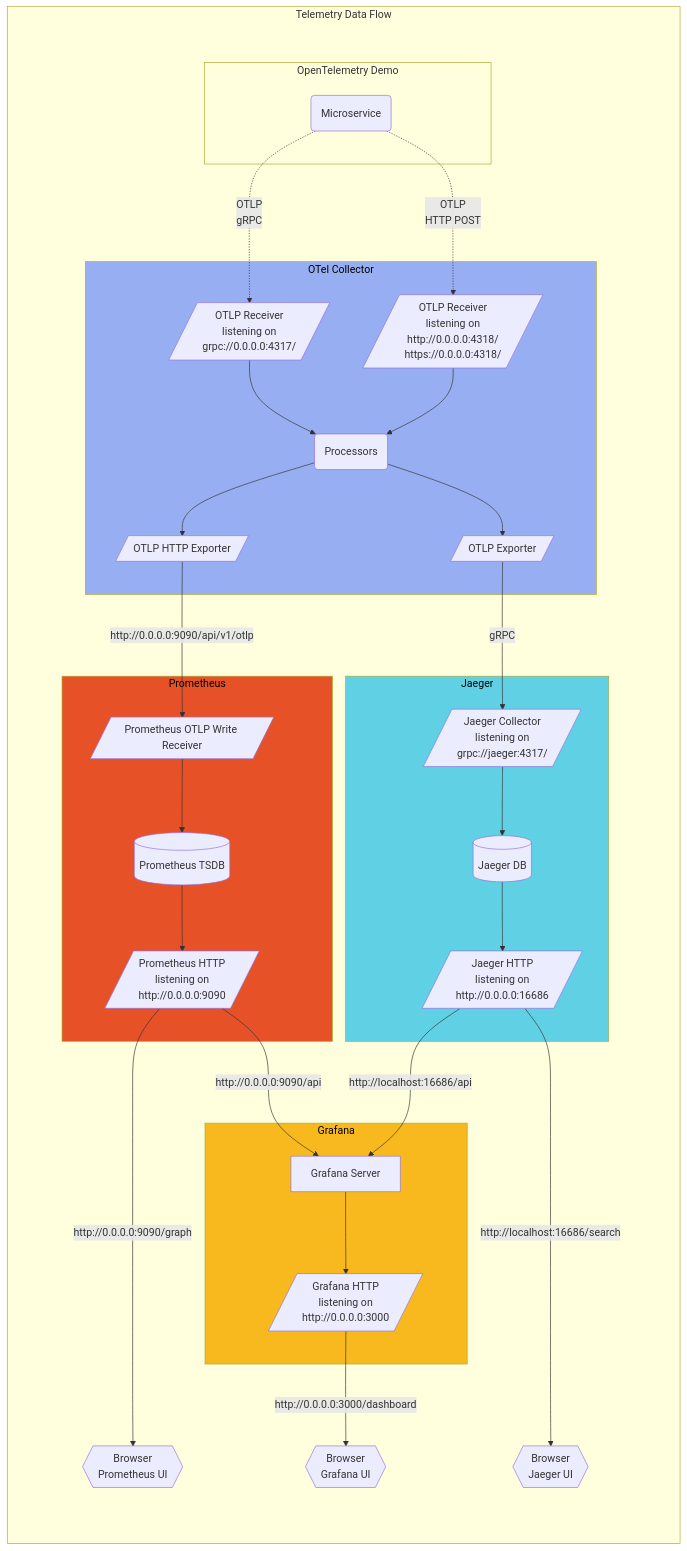
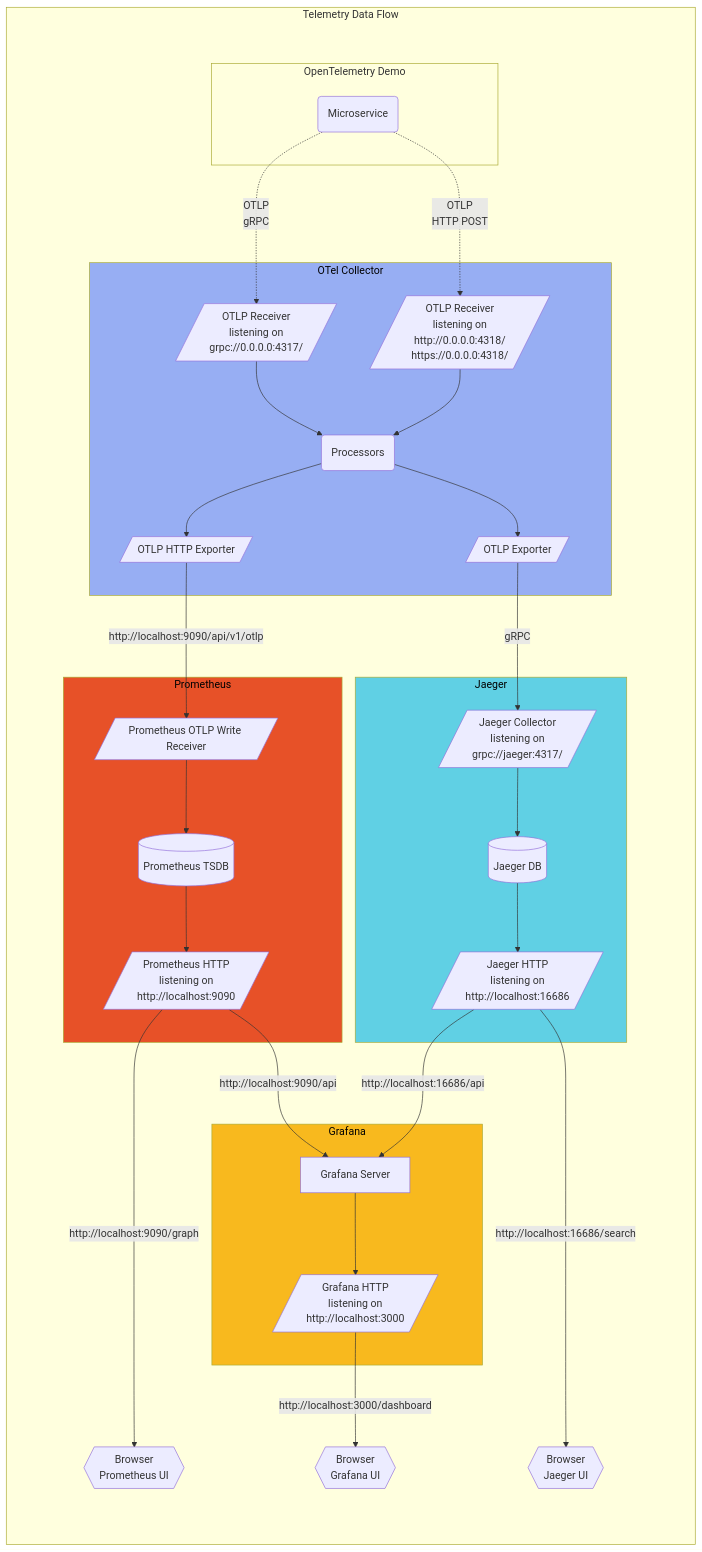
One commit to open-telemetry/opentelemetry.io changed the third of 3 diagrams in content/en/docs/demo/architecture.md. Above: the diagram before and after it, drawn with Mermaid. The commit also changed 3 other files, not shown here.

````diff
--- a/content/en/docs/demo/architecture.md
+++ b/content/en/docs/demo/architecture.md
@@ -128,73 +128,73 @@
 ```mermaid
 graph TB
 subgraph tdf[Telemetry Data Flow]
     subgraph subgraph_padding [ ]
         style subgraph_padding fill:none,stroke:none;
         %% padding to stop the titles clashing
         subgraph od[OpenTelemetry Demo]
         ms(Microservice)
         end
 
         ms -.->|"OTLP<br/>gRPC"| oc-grpc
         ms -.->|"OTLP<br/>HTTP POST"| oc-http
 
         subgraph oc[OTel Collector]
             style oc fill:#97aef3,color:black;
             oc-grpc[/"OTLP Receiver<br/>listening on<br/>grpc://0.0.0.0:4317/"/]
             oc-http[/"OTLP Receiver<br/>listening on <br/>http://0.0.0.0:4318/<br/>https://0.0.0.0:4318/"/]
             oc-proc(Processors)
             oc-prom[/"OTLP HTTP Exporter"/]
             oc-otlp[/"OTLP Exporter"/]
 
             oc-grpc --> oc-proc
             oc-http --> oc-proc
 
             oc-proc --> oc-prom
             oc-proc --> oc-otlp
         end
 
-        oc-prom -->|"http://0.0.0.0:9090/api/v1/otlp"| pr-sc
+        oc-prom -->|"http://localhost:9090/api/v1/otlp"| pr-sc
         oc-otlp -->|gRPC| ja-col
 
         subgraph pr[Prometheus]
             style pr fill:#e75128,color:black;
             pr-sc[/"Prometheus OTLP Write Receiver"/]
             pr-tsdb[(Prometheus TSDB)]
-            pr-http[/"Prometheus HTTP<br/>listening on<br/>http://0.0.0.0:9090"/]
+            pr-http[/"Prometheus HTTP<br/>listening on<br/>http://localhost:9090"/]
 
             pr-sc --> pr-tsdb
             pr-tsdb --> pr-http
         end
 
         pr-b{{"Browser<br/>Prometheus UI"}}
-        pr-http ---->|"http://0.0.0.0:9090/graph"| pr-b
+        pr-http ---->|"http://localhost:9090/graph"| pr-b
 
         subgraph ja[Jaeger]
             style ja fill:#60d0e4,color:black;
             ja-col[/"Jaeger Collector<br/>listening on<br/>grpc://jaeger:4317/"/]
             ja-db[(Jaeger DB)]
-            ja-http[/"Jaeger HTTP<br/>listening on<br/>http://0.0.0.0:16686"/]
+            ja-http[/"Jaeger HTTP<br/>listening on<br/>http://localhost:16686"/]
 
             ja-col --> ja-db
             ja-db --> ja-http
         end
 
         subgraph gr[Grafana]
             style gr fill:#f8b91e,color:black;
             gr-srv["Grafana Server"]
-            gr-http[/"Grafana HTTP<br/>listening on<br/>http://0.0.0.0:3000"/]
+            gr-http[/"Grafana HTTP<br/>listening on<br/>http://localhost:3000"/]
 
             gr-srv --> gr-http
         end
 
-        pr-http --> |"http://0.0.0.0:9090/api"| gr-srv
+        pr-http --> |"http://localhost:9090/api"| gr-srv
         ja-http --> |"http://localhost:16686/api"| gr-srv
 
         ja-b{{"Browser<br/>Jaeger UI"}}
         ja-http ---->|"http://localhost:16686/search"| ja-b
 
         gr-b{{"Browser<br/>Grafana UI"}}
-        gr-http -->|"http://0.0.0.0:3000/dashboard"| gr-b
+        gr-http -->|"http://localhost:3000/dashboard"| gr-b
     end
 end
 ```
````
